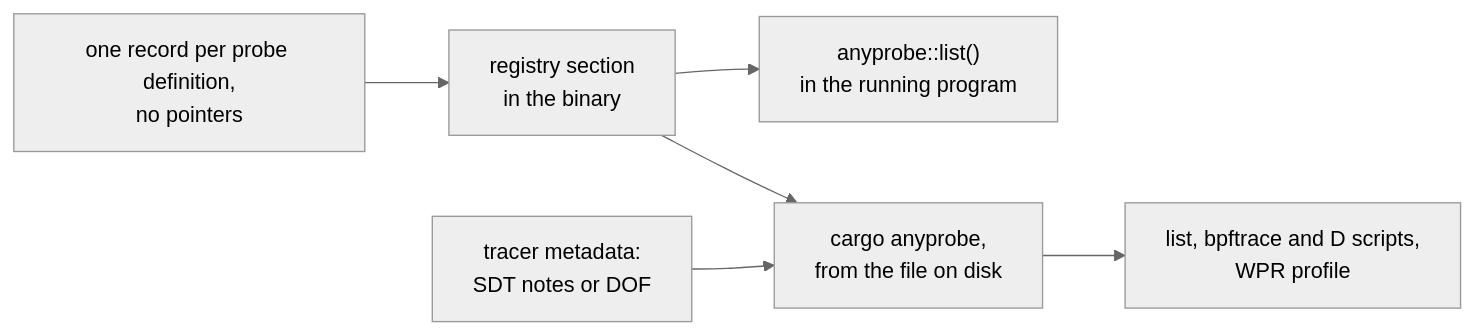
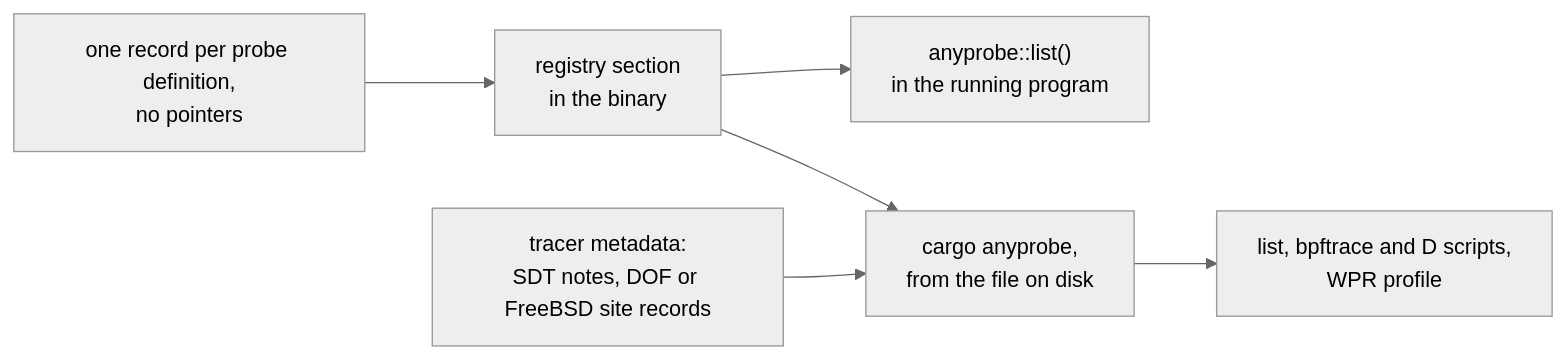
One commit to jrobhoward/anyprobe changed the second of 2 diagrams in docs/ARCHITECTURE.md. Above: the diagram before and after it, drawn with Mermaid (neutral theme). The commit also changed other lines of this file and 32 other files, not shown here.

Commit message:
Add FreeBSD implementation

````diff
--- a/docs/ARCHITECTURE.md
+++ b/docs/ARCHITECTURE.md
@@ -113,8 +152,8 @@
 ```mermaid
 flowchart LR
     R["one record per probe definition,<br/>no pointers"] --> S["registry section<br/>in the binary"]
     S --> L["anyprobe::list()<br/>in the running program"]
     S --> C["cargo anyprobe,<br/>from the file on disk"]
-    T["tracer metadata:<br/>SDT notes or DOF"] --> C
+    T["tracer metadata:<br/>SDT notes, DOF or FreeBSD site records"] --> C
     C --> O["list, bpftrace and D scripts,<br/>WPR profile"]
 ```
````
